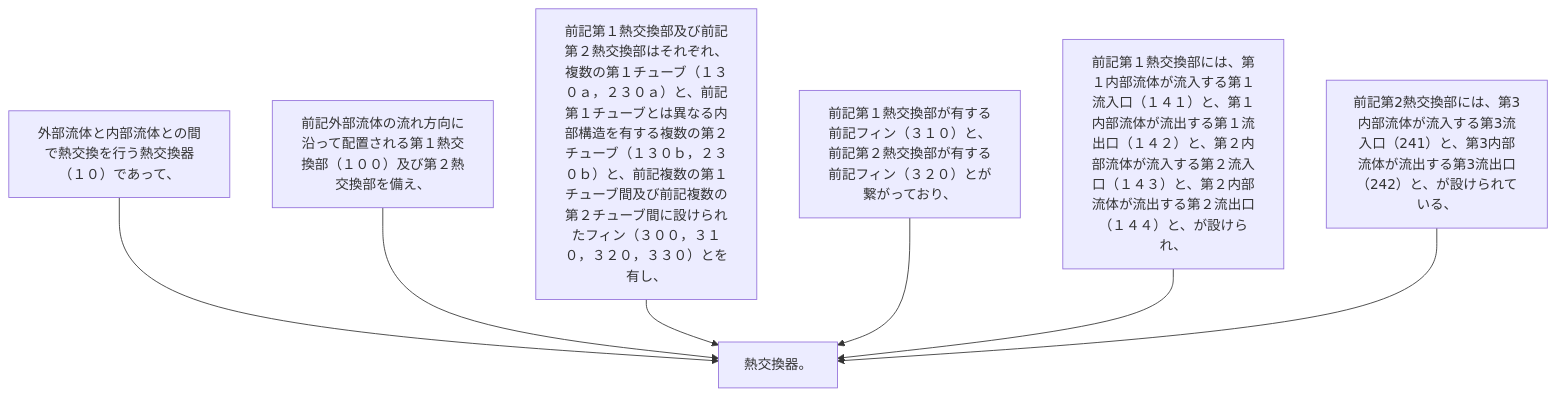
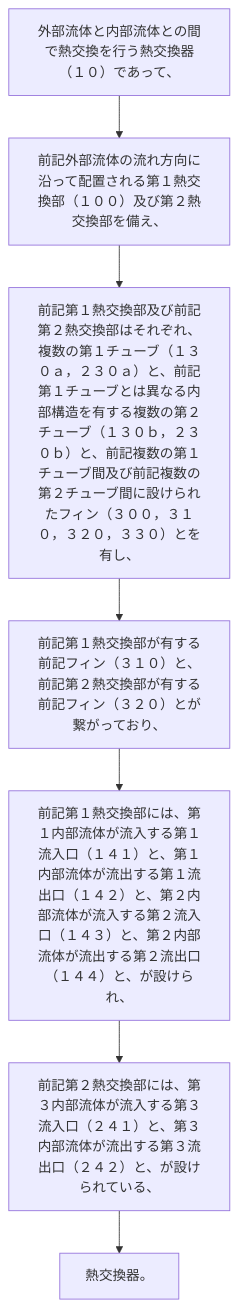
The diagram in 2024/JP2024007944A/claim_2/README.md (shinmori55/patent_analyzed), drawn with Mermaid before and after one commit. The commit also changed 9 other files, not shown here.

````diff
--- a/2024/JP2024007944A/claim_2/README.md
+++ b/2024/JP2024007944A/claim_2/README.md
@@ -7,16 +7,16 @@
 ```mermaid
 flowchart TD
 A[外部流体と内部流体との間で熱交換を行う熱交換器（１０）であって、]
 B[前記外部流体の流れ方向に沿って配置される第１熱交換部（１００）及び第２熱交換部を備え、]
 C[前記第１熱交換部及び前記第２熱交換部はそれぞれ、複数の第１チューブ（１３０ａ，２３０ａ）と、前記第１チューブとは異なる内部構造を有する複数の第２チューブ（１３０ｂ，２３０ｂ）と、前記複数の第１チューブ間及び前記複数の第２チューブ間に設けられたフィン（３００，３１０，３２０，３３０）とを有し、]
 D[前記第１熱交換部が有する前記フィン（３１０）と、前記第２熱交換部が有する前記フィン（３２０）とが繋がっており、]
 E[前記第１熱交換部には、第１内部流体が流入する第１流入口（１４１）と、第１内部流体が流出する第１流出口（１４２）と、第２内部流体が流入する第２流入口（１４３）と、第２内部流体が流出する第２流出口（１４４）と、が設けられ、]
-F[前記第2熱交換部には、第3内部流体が流入する第3流入口（241）と、第3内部流体が流出する第3流出口（242）と、が設けられている、]
+F[前記第２熱交換部には、第３内部流体が流入する第３流入口（２４１）と、第３内部流体が流出する第３流出口（２４２）と、が設けられている、]
 G[熱交換器。]
-A --> G
-B --> G
-C --> G
-D --> G
-E --> G
+A --> B
+B --> C
+C --> D
+D --> E
+E --> F
 F --> G
 ```
````
